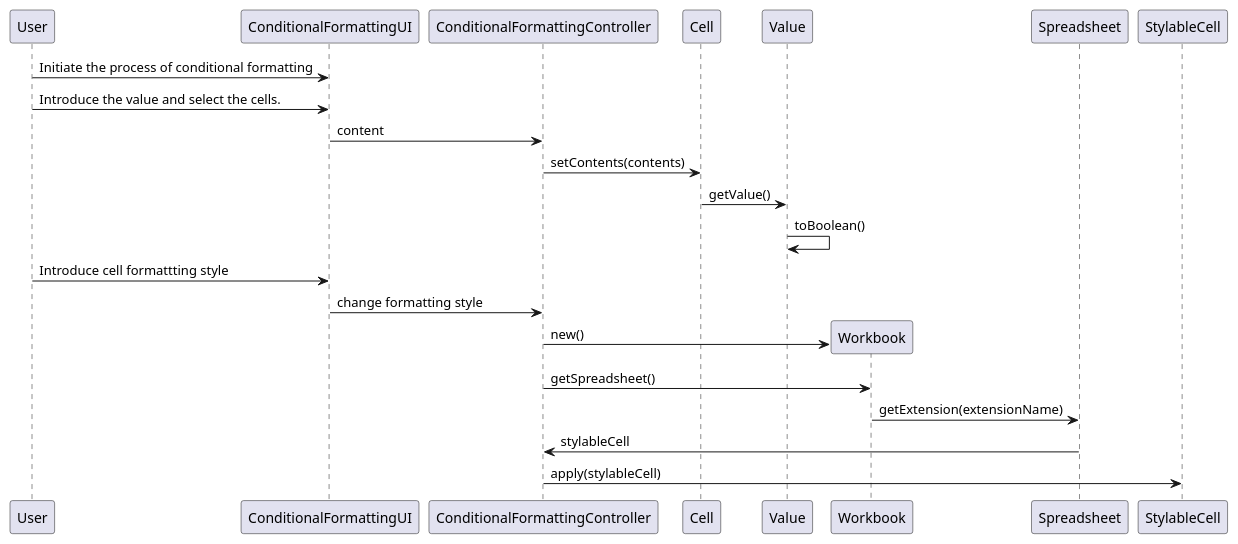
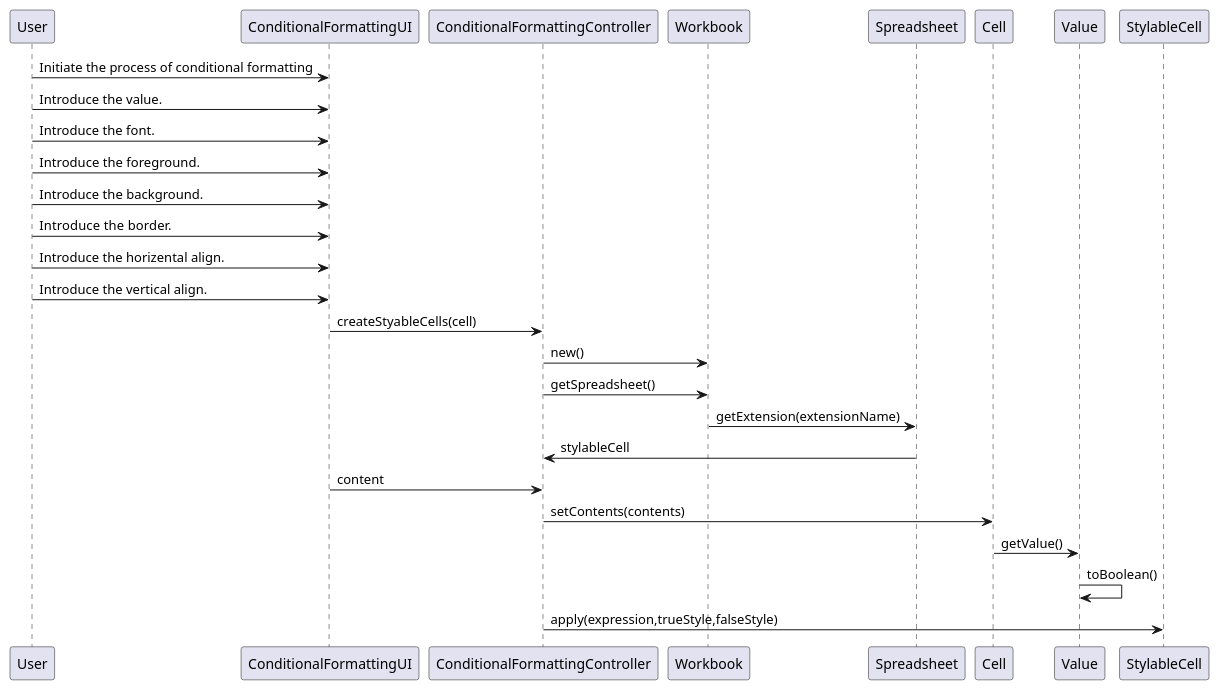
Before and after one commit to RubenTeixeira/cleansheets_isep_2dg_2016: the diagram in src/main/java/csheets/worklog/n1141330/sprint3/Lang03.2-design.puml, drawn with PlantUML. The commit also changed 4 other files, not shown here.

```diff
--- a/src/main/java/csheets/worklog/n1141330/sprint3/Lang03.2-design.puml
+++ b/src/main/java/csheets/worklog/n1141330/sprint3/Lang03.2-design.puml
@@ -1,16 +1,20 @@
 @startuml doc-files/lang03.2-design.png
 User -> ConditionalFormattingUI: Initiate the process of conditional formatting
-User -> ConditionalFormattingUI: Introduce the value and select the cells.
+User -> ConditionalFormattingUI: Introduce the value.
+User -> ConditionalFormattingUI: Introduce the font.
+User -> ConditionalFormattingUI: Introduce the foreground.
+User -> ConditionalFormattingUI: Introduce the background.
+User -> ConditionalFormattingUI: Introduce the border.
+User -> ConditionalFormattingUI: Introduce the horizental align.
+User -> ConditionalFormattingUI: Introduce the vertical align.
+ConditionalFormattingUI -> ConditionalFormattingController:createStyableCells(cell)
+ConditionalFormattingController -> Workbook:new()
+ConditionalFormattingController -> Workbook:getSpreadsheet()
+Workbook -> Spreadsheet:getExtension(extensionName)
+Spreadsheet -> ConditionalFormattingController:stylableCell
 ConditionalFormattingUI -> ConditionalFormattingController:content
 ConditionalFormattingController -> Cell:setContents(contents)
 Cell -> Value:getValue()
 Value -> Value:toBoolean()
-User -> ConditionalFormattingUI: Introduce cell formattting style
-ConditionalFormattingUI -> ConditionalFormattingController:change formatting style
-create Workbook
-ConditionalFormattingController -> Workbook:new()
-ConditionalFormattingController -> Workbook:getSpreadsheet()
-Workbook -> Spreadsheet:getExtension(extensionName)
-Spreadsheet -> ConditionalFormattingController:stylableCell
-ConditionalFormattingController -> StylableCell:apply(stylableCell)
+ConditionalFormattingController -> StylableCell:apply(expression,trueStyle,falseStyle)
 @enduml
```
